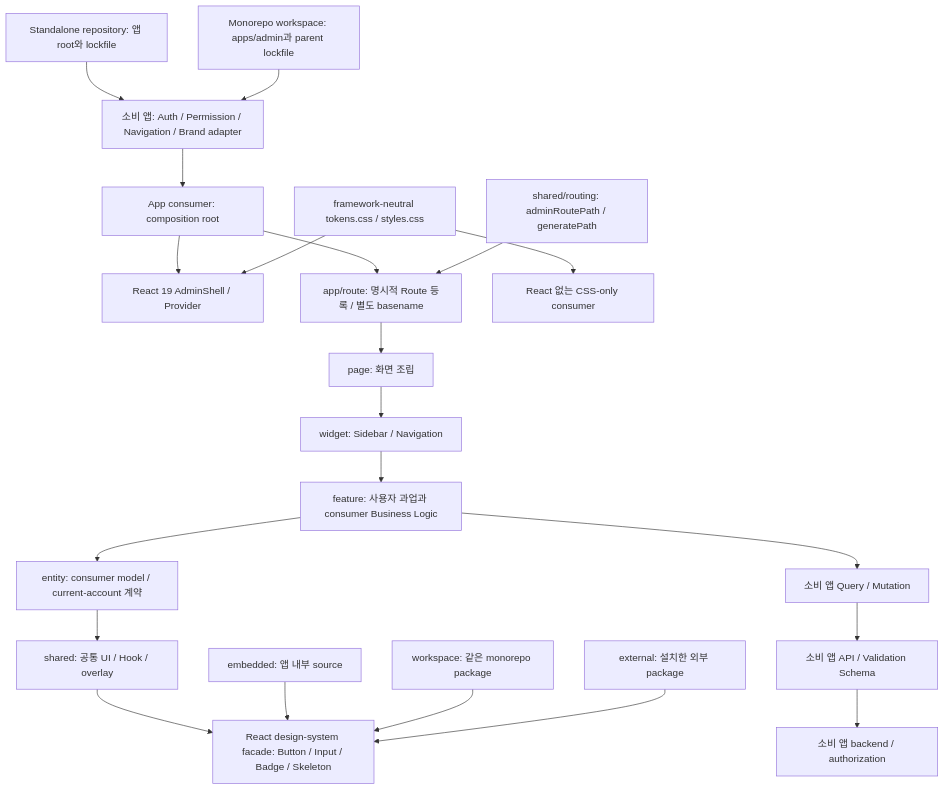
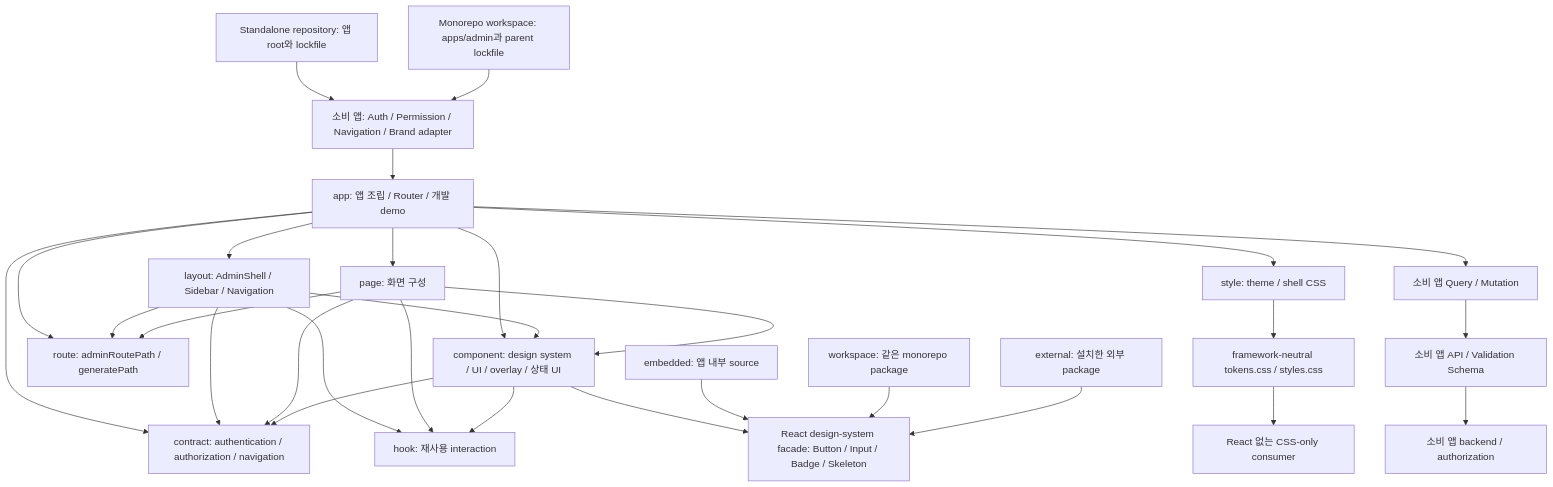
One commit to dixsoft-lab/dix-admin-template changed the diagram in README.md. Above: the diagram before and after it, drawn with Mermaid. The commit also changed other lines of this file and 169 other files, not shown here.

````diff
--- a/README.md
+++ b/README.md
@@ -22,45 +22,52 @@
 ```mermaid
 flowchart TB
   Standalone["Standalone repository: 앱 root와 lockfile"]
   Workspace["Monorepo workspace: apps/admin과 parent lockfile"]
   Consumer["소비 앱: Auth / Permission / Navigation / Brand adapter"]
-  App["App consumer: composition root"]
-  Shell["React 19 AdminShell / Provider"]
-  Path["shared/routing: adminRoutePath / generatePath"]
-  Router["app/route: 명시적 Route 등록 / 별도 basename"]
-  Page["page: 화면 조립"]
-  Widget["widget: Sidebar / Navigation"]
-  Feature["feature: 사용자 과업과 consumer Business Logic"]
-  Entity["entity: consumer model / current-account 계약"]
-  Shared["shared: 공통 UI / Hook / overlay"]
+  App["app: 앱 조립 / Router / 개발 demo"]
+  Page["page: 화면 구성"]
+  Layout["layout: AdminShell / Sidebar / Navigation"]
+  Component["component: design system / UI / overlay / 상태 UI"]
+  Contract["contract: authentication / authorization / navigation"]
+  Hook["hook: 재사용 interaction"]
+  Path["route: adminRoutePath / generatePath"]
+  Style["style: theme / shell CSS"]
   Data["소비 앱 Query / Mutation"]
   Api["소비 앱 API / Validation Schema"]
   Backend["소비 앱 backend / authorization"]
   Facade["React design-system facade: Button / Input / Badge / Skeleton"]
   Embedded["embedded: 앱 내부 source"]
   Package["workspace: 같은 monorepo package"]
   External["external: 설치한 외부 package"]
   Css["framework-neutral tokens.css / styles.css"]
   CssConsumer["React 없는 CSS-only consumer"]
 
   Standalone --> Consumer
   Workspace --> Consumer
   Consumer --> App
-  App --> Shell
-  App --> Router
-  Path --> Router
-  Router --> Page
-  Page --> Widget
-  Widget --> Feature
-  Feature --> Entity
-  Entity --> Shared
-  Feature --> Data
+  App --> Page
+  App --> Layout
+  App --> Component
+  App --> Contract
+  App --> Path
+  App --> Style
+  App --> Data
+  Layout --> Component
+  Layout --> Contract
+  Layout --> Hook
+  Layout --> Path
+  Page --> Component
+  Page --> Contract
+  Page --> Hook
+  Page --> Path
+  Component --> Contract
+  Component --> Hook
   Data --> Api
   Api --> Backend
-  Shared --> Facade
+  Component --> Facade
   Embedded --> Facade
   Package --> Facade
   External --> Facade
-  Css --> Shell
+  Style --> Css
   Css --> CssConsumer
 ```
````
